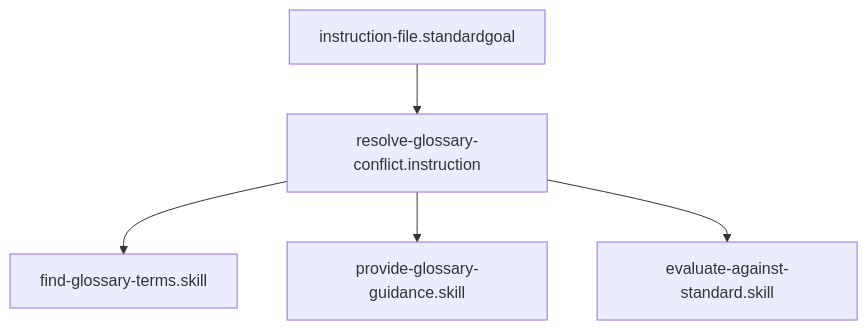
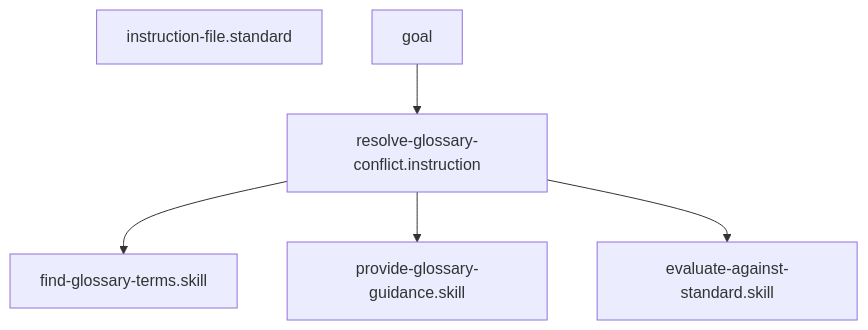
The diagram in instructions/resolve-glossary-conflict.instruction.md (Gizmo4Life/ai-kernel), drawn with Mermaid before and after one commit. The commit also changed other lines of this file and 101 other files, not shown here.

````diff
--- a/instructions/resolve-glossary-conflict.instruction.md
+++ b/instructions/resolve-glossary-conflict.instruction.md
@@ -26,7 +26,8 @@
 ```mermaid
 graph TD
-    instruction-file.standardgoal --> resolve-glossary-conflict.instruction
+    instruction-file.standard
+goal --> resolve-glossary-conflict.instruction
     resolve-glossary-conflict.instruction --> find-glossary-terms[find-glossary-terms.skill]
     resolve-glossary-conflict.instruction --> provide-glossary-guidance[provide-glossary-guidance.skill]
     resolve-glossary-conflict.instruction --> evaluate-against-standard[evaluate-against-standard.skill]
 ```
````
